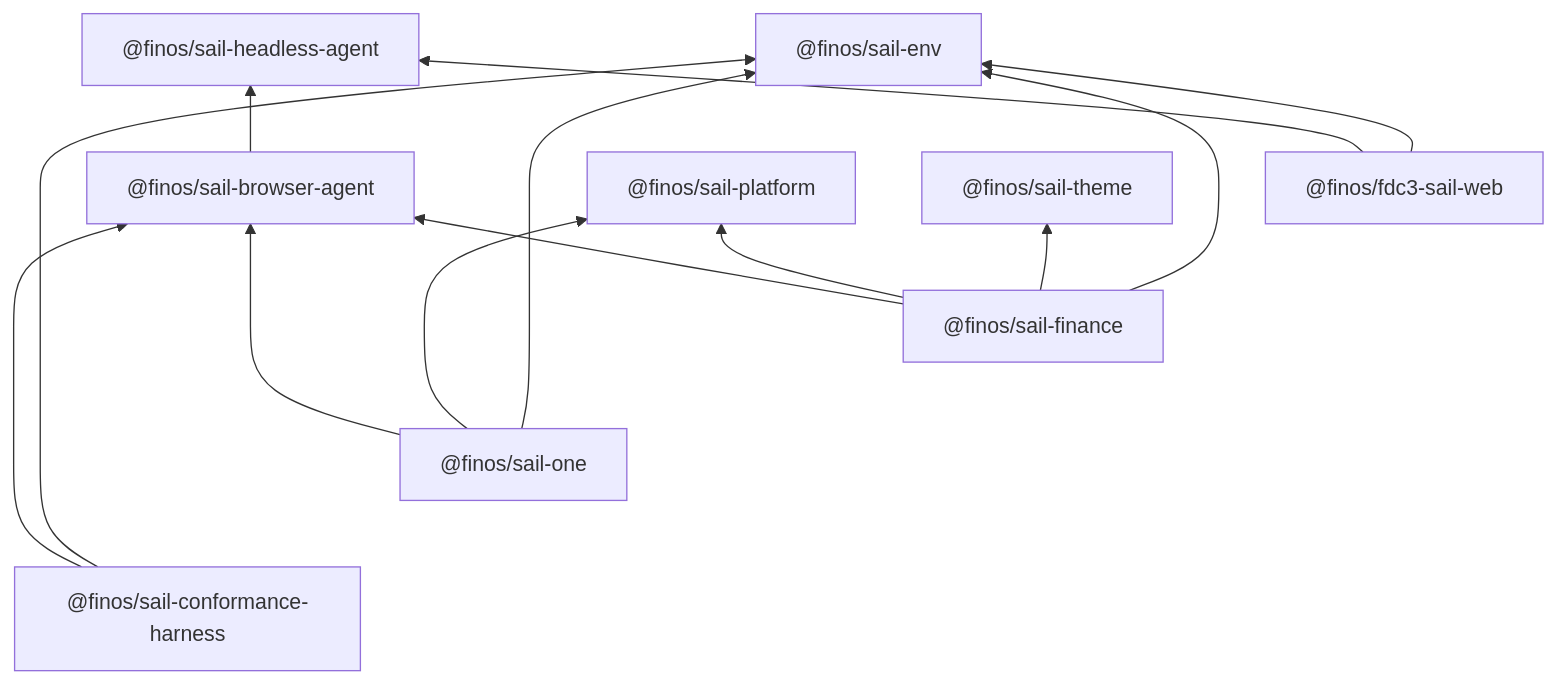
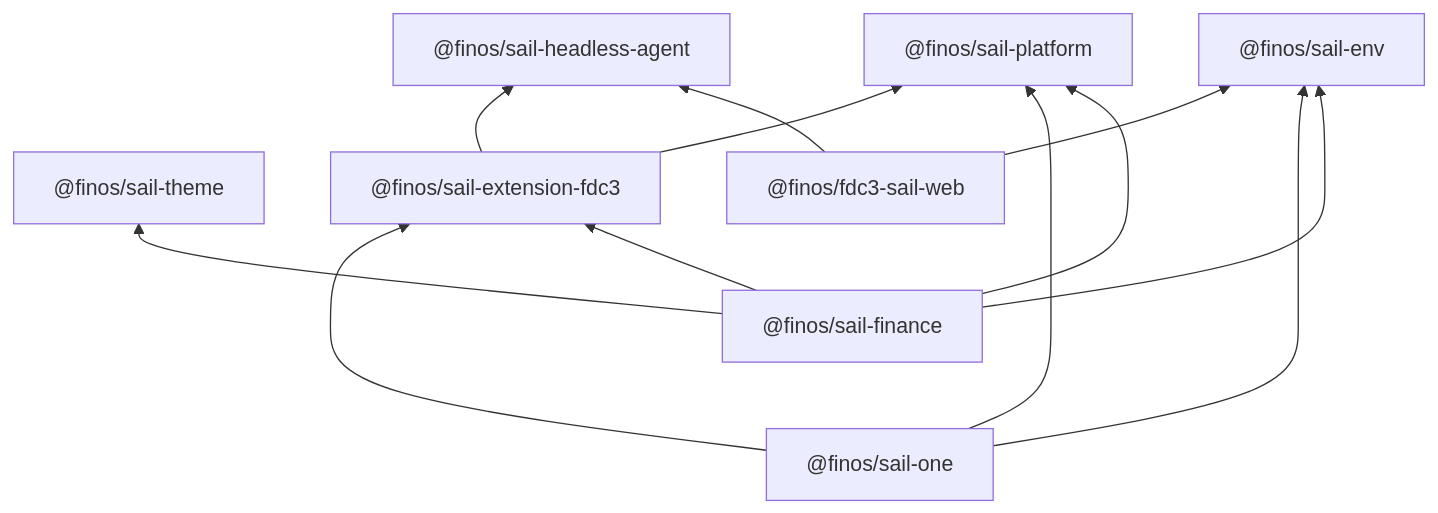
One commit to finos/FDC3-Sail changed the diagram in README.md. Above: the diagram before and after it, drawn with Mermaid. The commit also changed other lines of this file and 144 other files, not shown here.

````diff
--- a/README.md
+++ b/README.md
@@ -38,27 +38,25 @@
 ```mermaid
 graph BT
   Engine["@finos/sail-headless-agent"]
   Env["@finos/sail-env"]
   Theme["@finos/sail-theme"]
   Platform["@finos/sail-platform"]
-  DA["@finos/sail-browser-agent"]
+  Ext["@finos/sail-extension-fdc3"]
   V2["@finos/fdc3-sail-web"]
-  Harness["@finos/sail-conformance-harness"]
   One["@finos/sail-one"]
   Finance["@finos/sail-finance"]
 
-  DA --> Engine
+  Ext --> Engine
+  Ext --> Platform
   V2 --> Engine
   V2 --> Env
-  Harness --> DA
-  Harness --> Env
-  One --> DA
+  One --> Ext
   One --> Platform
   One --> Env
-  Finance --> DA
+  Finance --> Ext
   Finance --> Platform
   Finance --> Theme
   Finance --> Env
 
-  Harness ~~~ One ~~~ Finance ~~~ V2
+  One ~~~ Finance ~~~ V2
 ```
````
